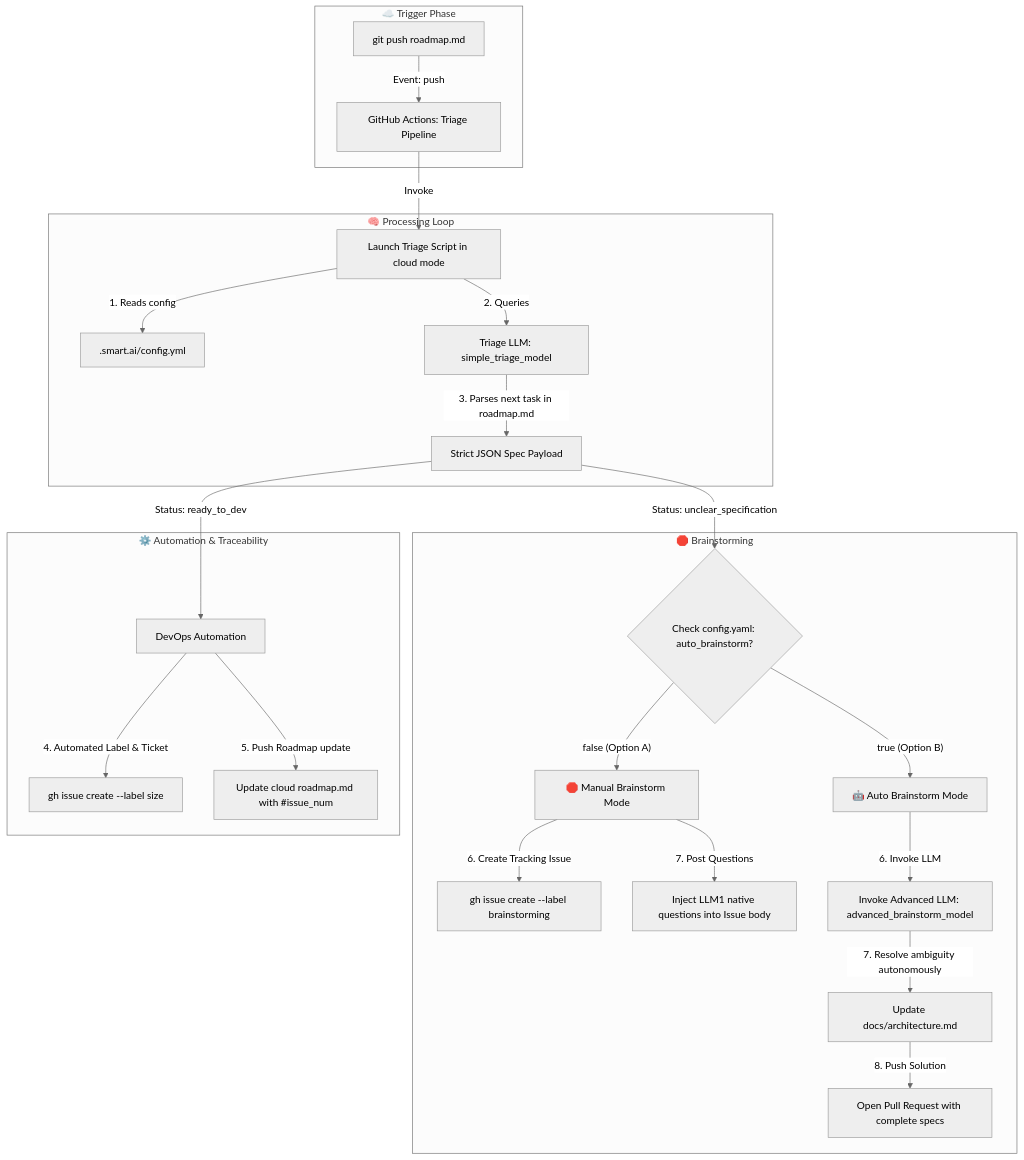
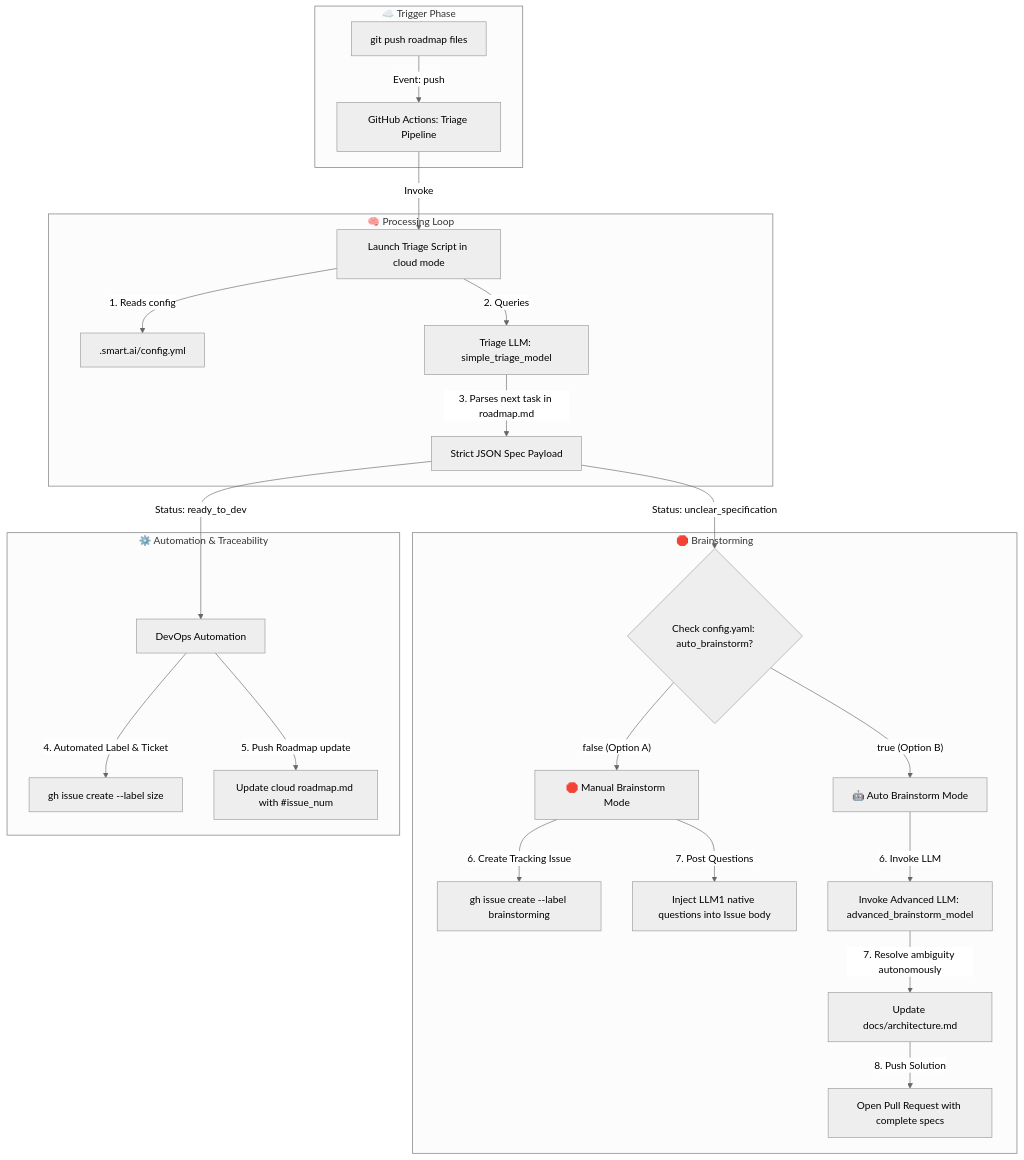
Before and after one commit to fletort/smart-ai-factory: the diagram in docs/pipelines/triage_cloud.md, drawn with Mermaid (neutral theme). The commit also changed other lines of this file and 5 other files, not shown here.

````diff
--- a/docs/pipelines/triage_cloud.md
+++ b/docs/pipelines/triage_cloud.md
@@ -17,35 +17,35 @@
 ```mermaid
 graph TD
     subgraph "☁️ Trigger Phase"
-        Git[git push roadmap.md] -->|Event: push| CI_Triage[GitHub Actions: Triage Pipeline]
+        Git[git push roadmap files] -->|Event: push| CI_Triage[GitHub Actions: Triage Pipeline]
     end
 
     subgraph box1["🧠 Processing Loop"]
         CI_Triage -->|Invoke| CoreTriage[Launch Triage Script in cloud mode]
         CoreTriage -->|1. Reads config| Config[.smart.ai/config.yml]
         CoreTriage -->|2. Queries| LLM1[Triage LLM: simple_triage_model]
         LLM1 -->|3. Parses next task in roadmap.md| JSON1[Strict JSON Spec Payload]
     end
 
     subgraph "🛑 Brainstorming"
         JSON1 -->|"Status: unclear_specification"| CheckConfig{Check config.yaml: auto_brainstorm?}
 
         %% OPTION A : Stop & Open a Ticket
         CheckConfig -->|"false (Option A)"| CloudStop[🛑 Manual Brainstorm Mode]
         CloudStop -->|6. Create Tracking Issue| GH_BS[gh issue create --label brainstorming]
         CloudStop -->|7. Post Questions| NativeComment[Inject LLM1 native questions into Issue body]
 
         %% OPTION B : Full Auto Brainstorm -> PR Direct
         CheckConfig -->|"true (Option B)"| CloudAuto[🤖 Auto Brainstorm Mode]
         CloudAuto -->|6. Invoke LLM| LLM2[Invoke Advanced LLM: advanced_brainstorm_model]
         LLM2 -->|7. Resolve ambiguity autonomously| Fix[Update docs/architecture.md]
         Fix -->|8. Push Solution| PR[Open Pull Request with complete specs]
     end
 
     subgraph "⚙️ Automation & Traceability"
         JSON1 -->|"Status: ready_to_dev"| DevOpCloud[DevOps Automation]
         DevOpCloud -->|4. Automated Label & Ticket| GH_Issue[gh issue create --label size]
         DevOpCloud -->|5. Push Roadmap update| GitSync[Update cloud roadmap.md with #issue_num]
     end
 
 ```
````
